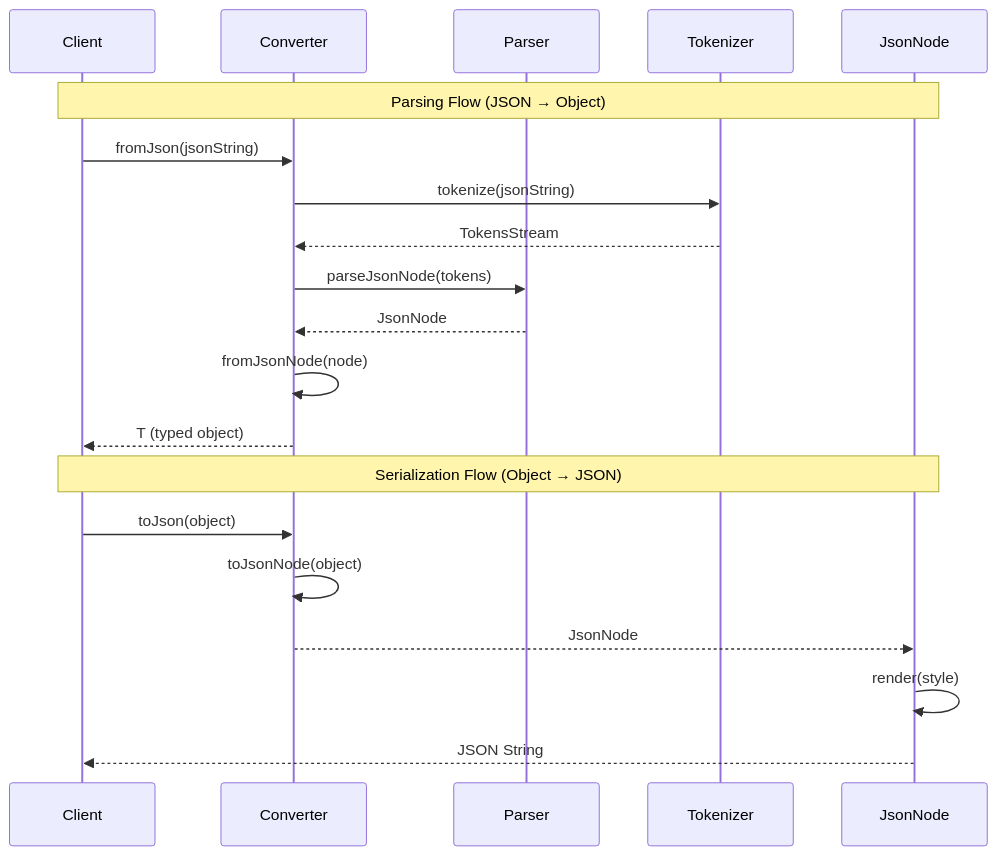
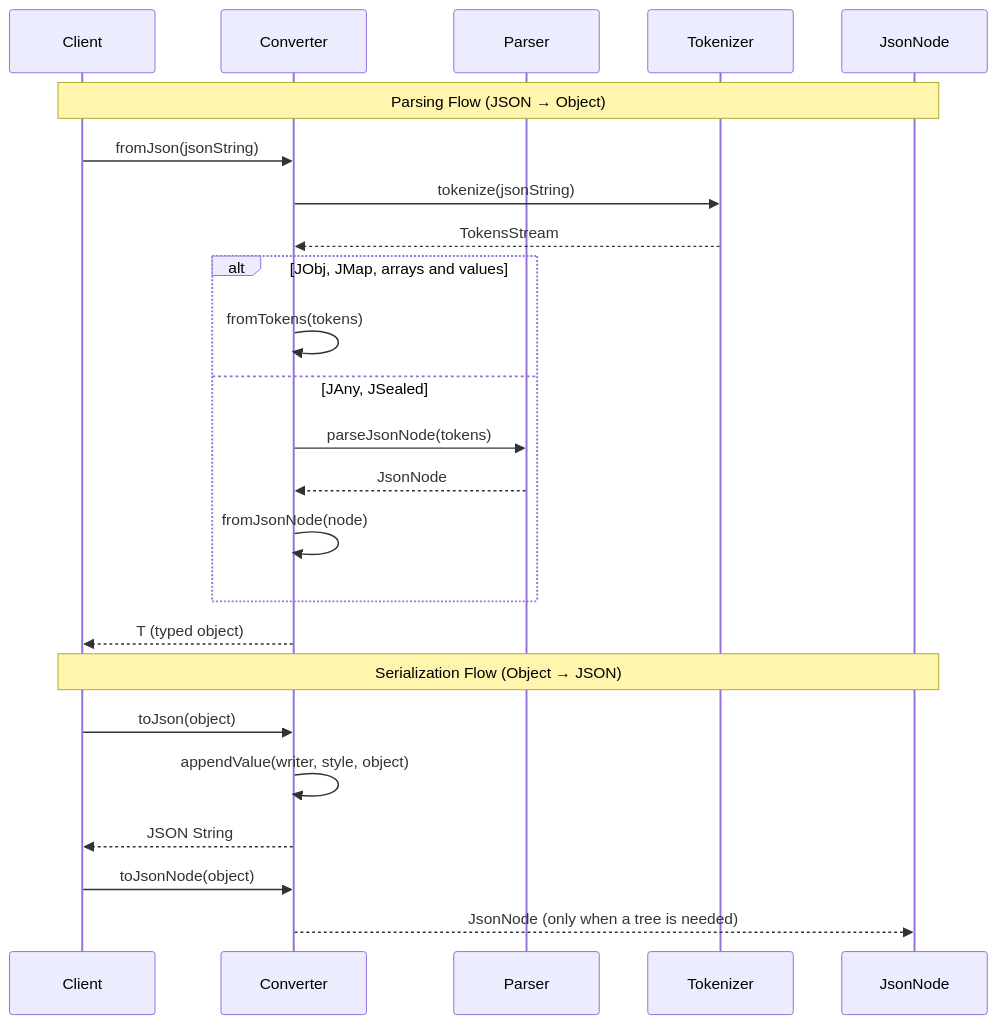
One commit to uberto/kondor-json changed the second of 8 diagrams in docs/ARCHITECTURE.md. Above: the diagram before and after it, drawn with Mermaid. The commit also changed other lines of this file and 12 other files, not shown here.

````diff
--- a/docs/ARCHITECTURE.md
+++ b/docs/ARCHITECTURE.md
@@ -47,24 +47,28 @@
 ```mermaid
 sequenceDiagram
     participant Client
     participant Converter
     participant Parser
     participant Tokenizer
     participant JsonNode
     
     Note over Client,JsonNode: Parsing Flow (JSON → Object)
     Client->>Converter: fromJson(jsonString)
     Converter->>Tokenizer: tokenize(jsonString)
     Tokenizer-->>Converter: TokensStream
-    Converter->>Parser: parseJsonNode(tokens)
-    Parser-->>Converter: JsonNode
-    Converter->>Converter: fromJsonNode(node)
+    alt JObj, JMap, arrays and values
+        Converter->>Converter: fromTokens(tokens)
+    else JAny, JSealed
+        Converter->>Parser: parseJsonNode(tokens)
+        Parser-->>Converter: JsonNode
+        Converter->>Converter: fromJsonNode(node)
+    end
     Converter-->>Client: T (typed object)
     
     Note over Client,JsonNode: Serialization Flow (Object → JSON)
     Client->>Converter: toJson(object)
-    Converter->>Converter: toJsonNode(object)
-    Converter-->>JsonNode: JsonNode
-    JsonNode->>JsonNode: render(style)
-    JsonNode-->>Client: JSON String
+    Converter->>Converter: appendValue(writer, style, object)
+    Converter-->>Client: JSON String
+    Client->>Converter: toJsonNode(object)
+    Converter-->>JsonNode: JsonNode (only when a tree is needed)
 ```
````
